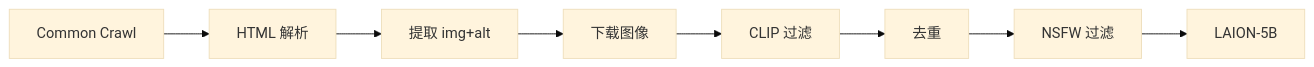
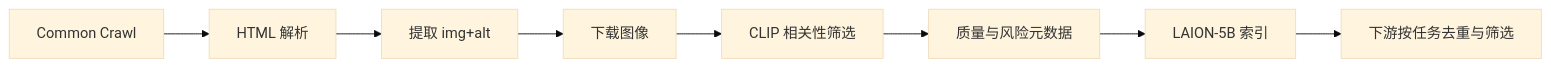
The second of 6 diagrams in docs/llms/multimodal/data.md (likebeans/notes-on-llms), drawn with Mermaid (base theme) before and after one commit. The commit also changed other lines of this file and 175 other files, not shown here.

````diff
--- a/docs/llms/multimodal/data.md
+++ b/docs/llms/multimodal/data.md
@@ -61,10 +61,10 @@
 ```mermaid
 flowchart LR
     CC[Common Crawl] --> PARSE[HTML 解析]
     PARSE --> EXTRACT[提取 img+alt]
     EXTRACT --> DOWNLOAD[下载图像]
-    DOWNLOAD --> CLIP[CLIP 过滤]
-    CLIP --> DEDUP[去重]
-    DEDUP --> NSFW[NSFW 过滤]
-    NSFW --> OUT[LAION-5B]
+    DOWNLOAD --> CLIP[CLIP 相关性筛选]
+    CLIP --> META[质量与风险元数据]
+    META --> OUT[LAION-5B 索引]
+    OUT --> USER[下游按任务去重与筛选]
 ```
````
